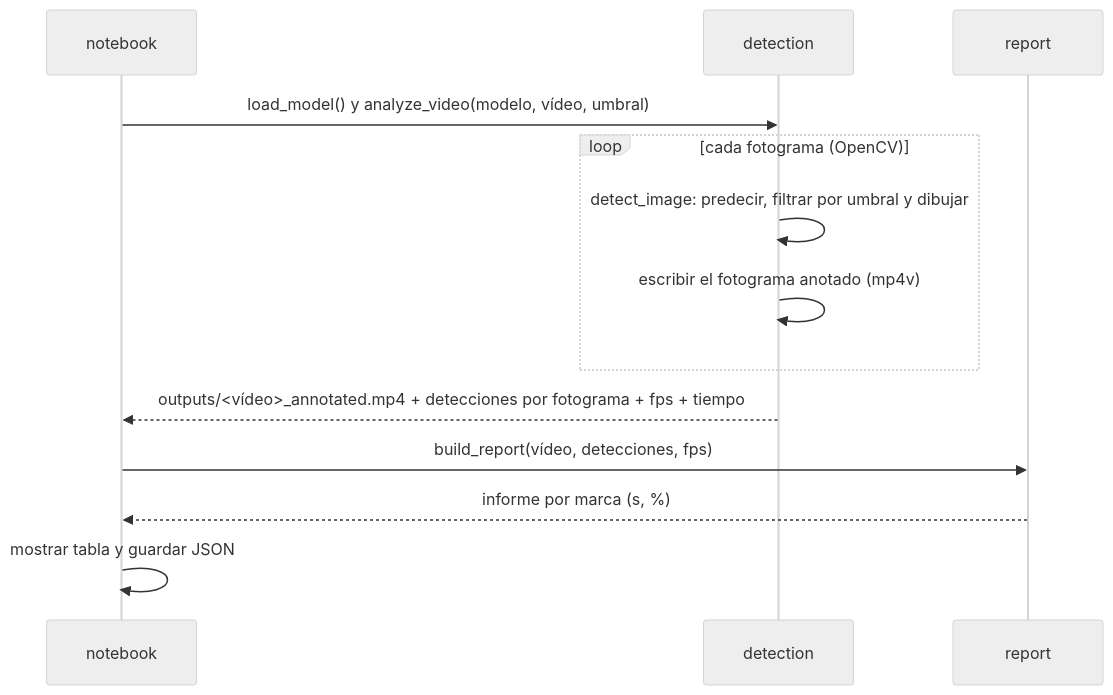
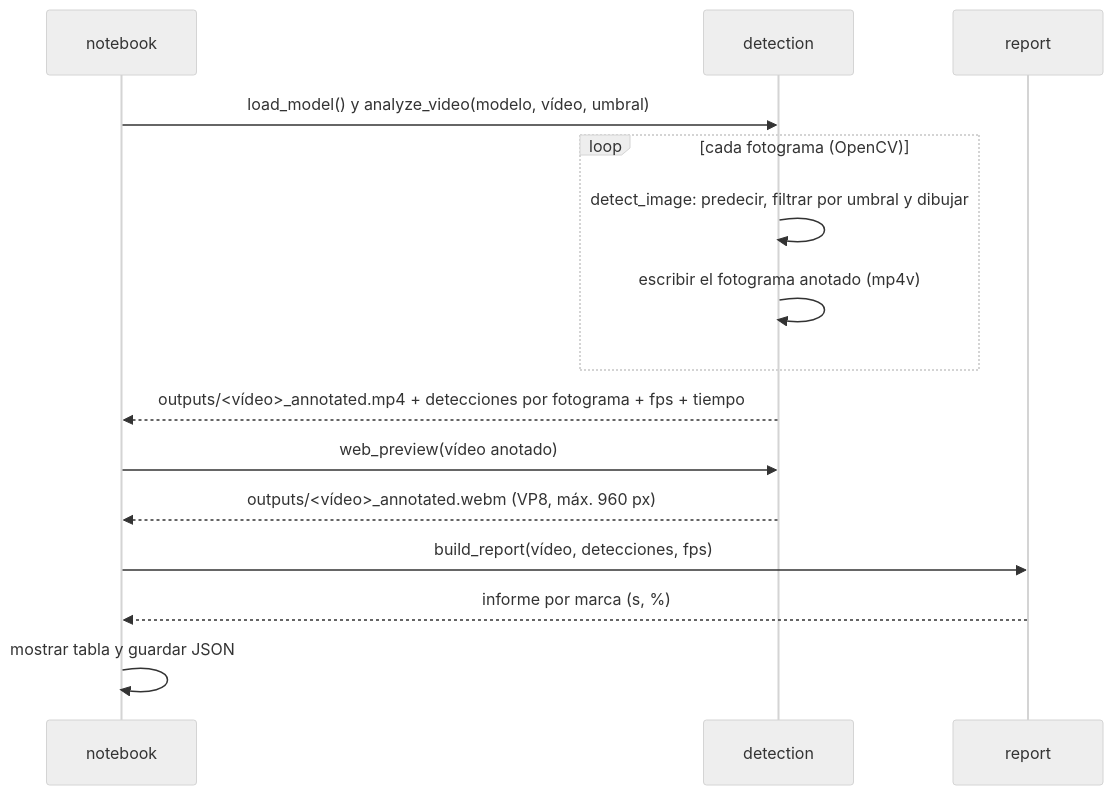
The second of 2 diagrams in docs/ARCHITECTURE.md (Glezino/ai-computer-vision), drawn with Mermaid (neutral theme) before and after one commit. The commit also changed other lines of this file and 1 other file, not shown here.

````diff
--- a/docs/ARCHITECTURE.md
+++ b/docs/ARCHITECTURE.md
@@ -69,15 +69,17 @@
 ```mermaid
 sequenceDiagram
     participant N as notebook
     participant D as detection
     participant R as report
     N->>D: load_model() y analyze_video(modelo, vídeo, umbral)
     loop cada fotograma (OpenCV)
         D->>D: detect_image: predecir, filtrar por umbral y dibujar
         D->>D: escribir el fotograma anotado (mp4v)
     end
     D-->>N: outputs/<vídeo>_annotated.mp4 + detecciones por fotograma + fps + tiempo
+    N->>D: web_preview(vídeo anotado)
+    D-->>N: outputs/<vídeo>_annotated.webm (VP8, máx. 960 px)
     N->>R: build_report(vídeo, detecciones, fps)
     R-->>N: informe por marca (s, %)
     N->>N: mostrar tabla y guardar JSON
 ```
````
